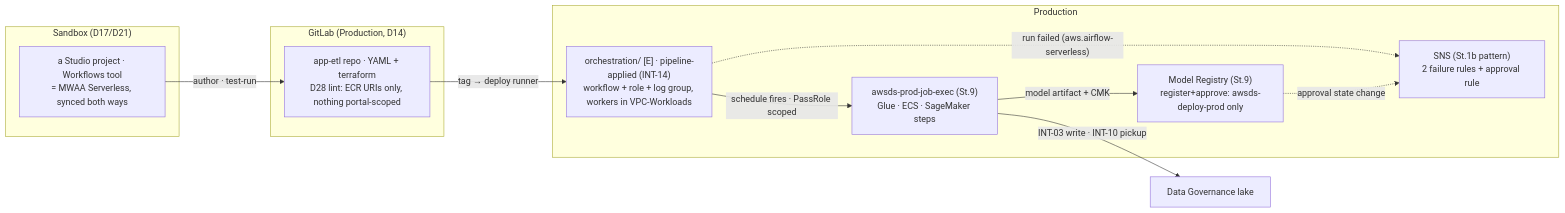
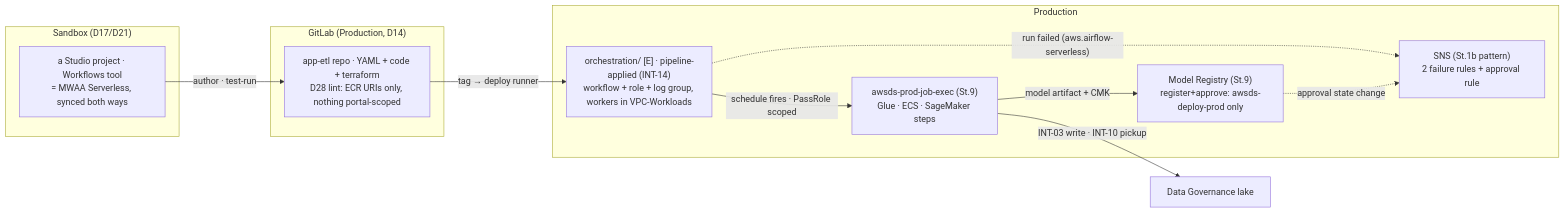
The diagram in docs/plan/stages/stage-10-orchestration-promotion.md (felipenoris/AWS-DataScience), drawn with Mermaid before and after one commit. The commit also changed other lines of this file and 5 other files, not shown here.

````diff
--- a/docs/plan/stages/stage-10-orchestration-promotion.md
+++ b/docs/plan/stages/stage-10-orchestration-promotion.md
@@ -42,22 +42,22 @@
 ```mermaid
 flowchart LR
     subgraph SBX["Sandbox (D17/D21)"]
         STU["a Studio project · Workflows tool<br/>= MWAA Serverless, synced both ways"]
     end
     subgraph GL["GitLab (Production, D14)"]
-        REPO["app-etl repo · YAML + terraform<br/>D28 lint: ECR URIs only, nothing portal-scoped"]
+        REPO["app-etl repo · YAML + code + terraform<br/>D28 lint: ECR URIs only, nothing portal-scoped"]
     end
     subgraph PRD["Production"]
         ORC["orchestration/ [E] · pipeline-applied (INT-14)<br/>workflow + role + log group, workers in VPC-Workloads"]
         JOB["awsds-prod-job-exec (St.9)<br/>Glue · ECS · SageMaker steps"]
         REG["Model Registry (St.9)<br/>register+approve: awsds-deploy-prod only"]
         SNS["SNS (St.1b pattern)<br/>2 failure rules + approval rule"]
     end
     STU -->|"author · test-run"| REPO
     REPO -->|"tag → deploy runner"| ORC
     ORC -->|"schedule fires · PassRole scoped"| JOB
     JOB -->|"INT-03 write · INT-10 pickup"| LAKE["Data Governance lake"]
     JOB -->|"model artifact + CMK"| REG
     ORC -.->|"run failed (aws.airflow-serverless)"| SNS
     REG -.->|"approval state change"| SNS
 ```
````
